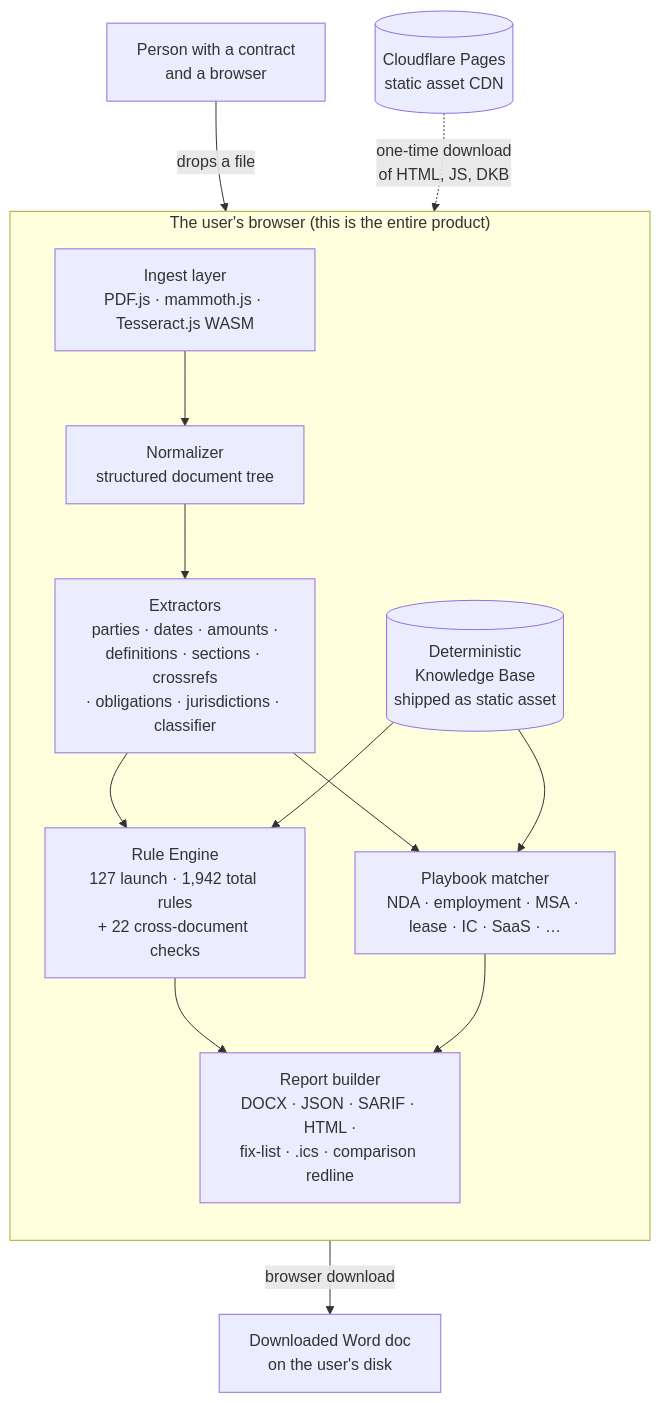
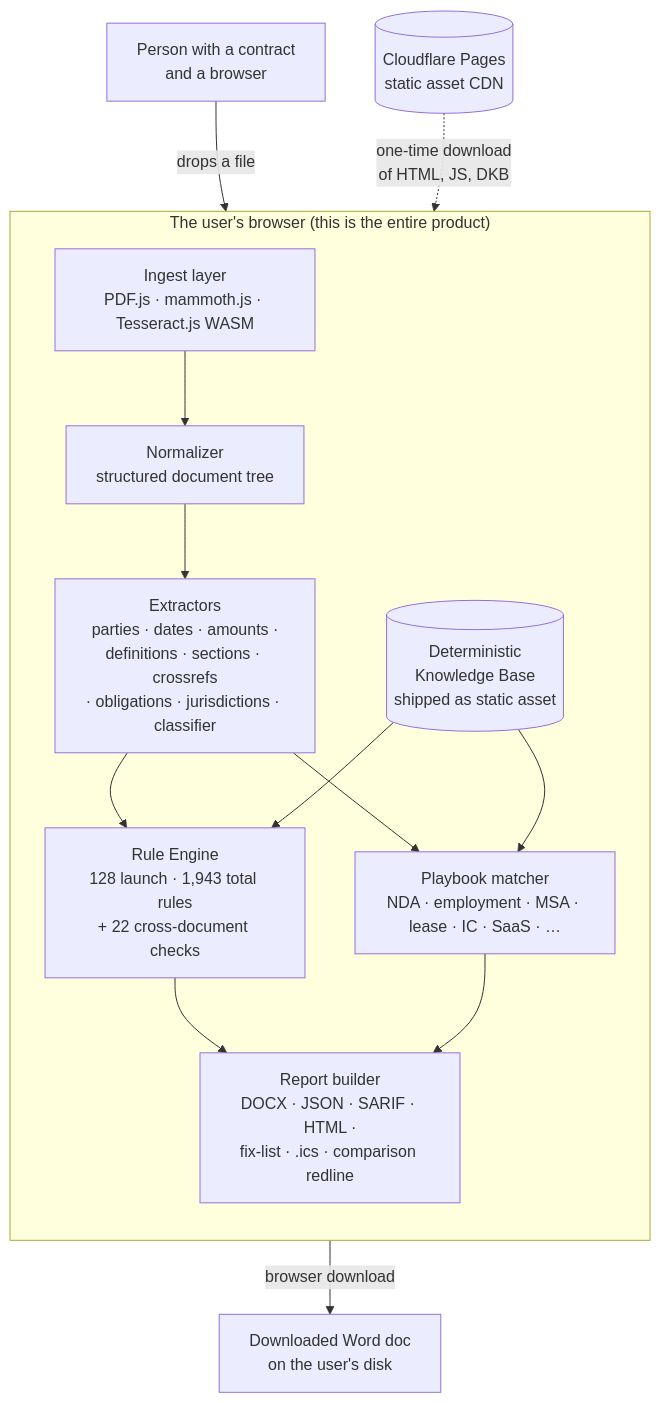
Before and after one commit to clay-good/vaulytica: the diagram in docs/architecture.md, drawn with Mermaid. The commit also changed other lines of this file and 387 other files, not shown here.

````diff
--- a/docs/architecture.md
+++ b/docs/architecture.md
@@ -5,28 +5,28 @@
 ```mermaid
 flowchart TB
     user[Person with a contract<br/>and a browser]
 
     subgraph browser["The user's browser (this is the entire product)"]
         direction TB
         ingest[Ingest layer<br/>PDF.js · mammoth.js · Tesseract.js WASM]
         normalize[Normalizer<br/>structured document tree]
         extract[Extractors<br/>parties · dates · amounts ·<br/>definitions · sections · crossrefs<br/>· obligations · jurisdictions · classifier]
-        engine[Rule Engine<br/>127 launch · 1,942 total rules<br/>+ 22 cross-document checks]
+        engine[Rule Engine<br/>128 launch · 1,943 total rules<br/>+ 22 cross-document checks]
         playbook[Playbook matcher<br/>NDA · employment · MSA · lease · IC · SaaS · …]
         dkb[(Deterministic<br/>Knowledge Base<br/>shipped as static asset)]
         report[Report builder<br/>DOCX · JSON · SARIF · HTML ·<br/>fix-list · .ics · comparison redline]
     end
 
     cdn[(Cloudflare Pages<br/>static asset CDN)]
     download[Downloaded Word doc<br/>on the user's disk]
 
     user -- "drops a file" --> ingest
     cdn -. "one-time download<br/>of HTML, JS, DKB" .-> browser
     ingest --> normalize --> extract --> engine
     extract --> playbook
     dkb --> engine
     dkb --> playbook
     engine --> report
     playbook --> report
     report -- "browser download" --> download
 ```
````
